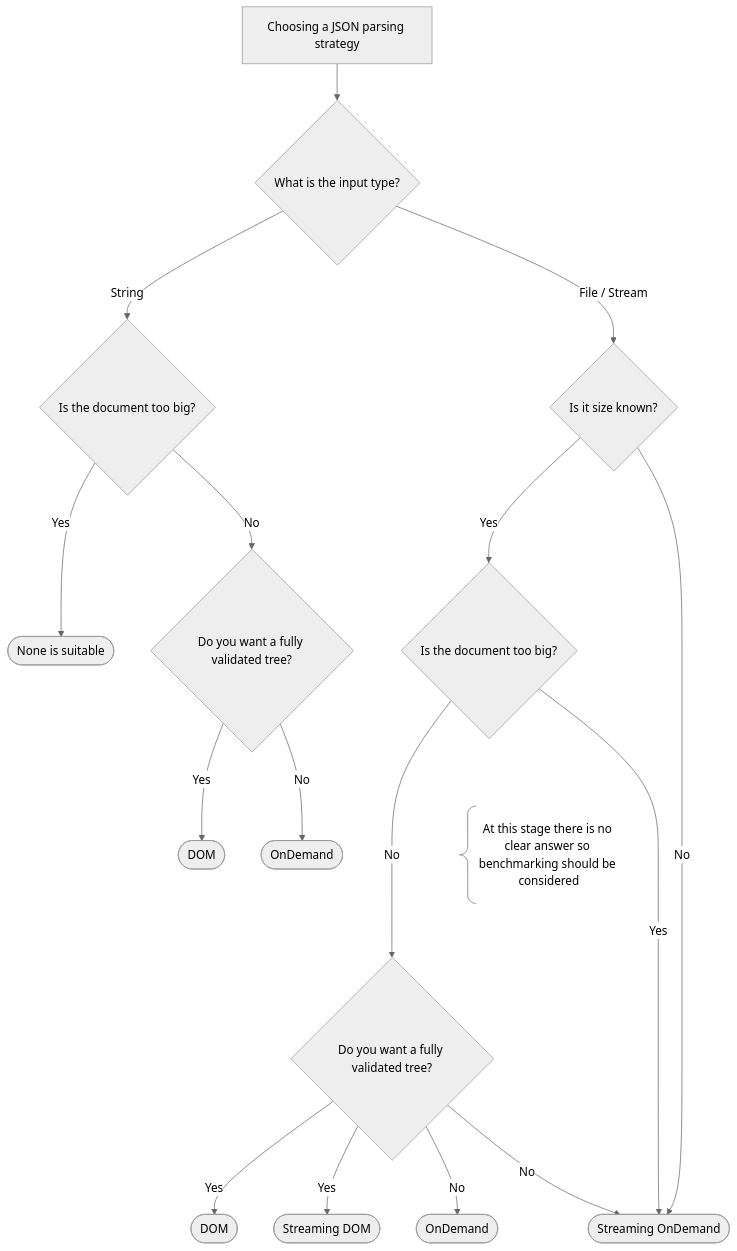
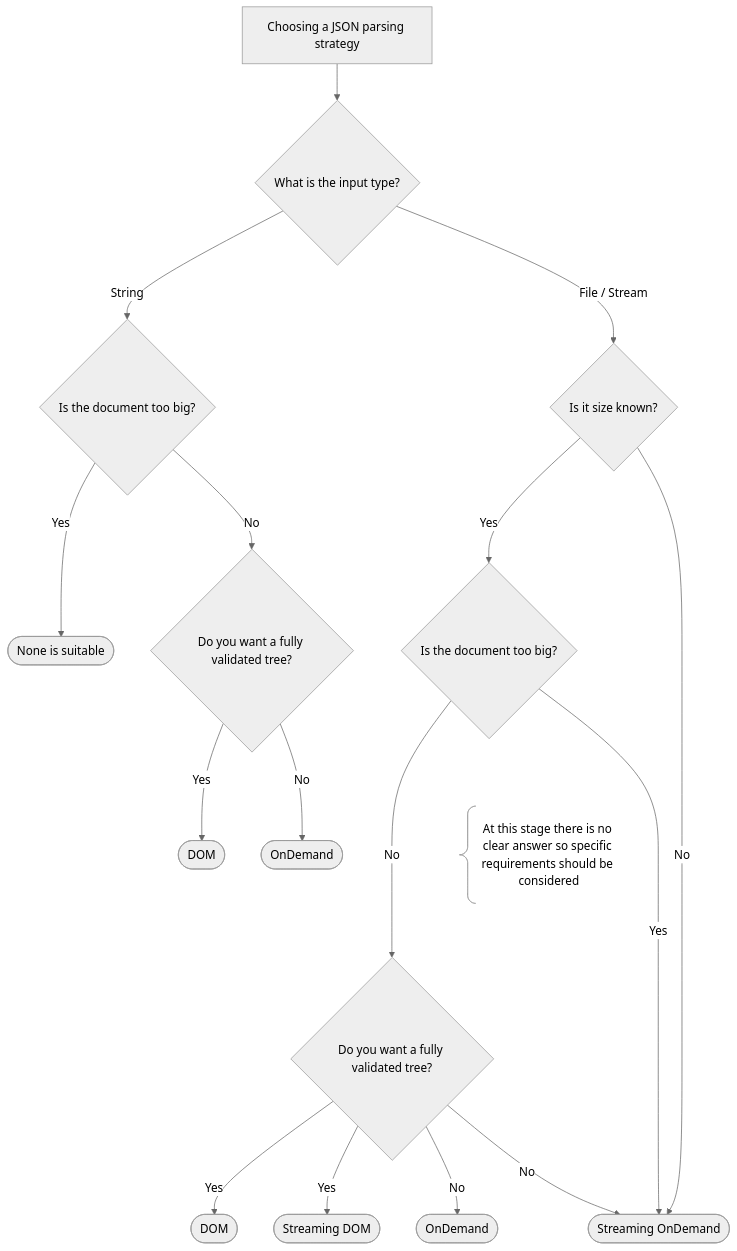
The diagram in README.md (EzequielRamis/zimdjson), drawn with Mermaid (neutral theme) before and after one commit. The commit also changed 24 other files, not shown here.

````diff
--- a/README.md
+++ b/README.md
@@ -12,34 +12,34 @@
 ```mermaid
   flowchart TD;
       parse[Choosing a JSON parsing strategy]
       input{What is the input type?}
       size{Is it size known?}
       valid1{Do you want a fully validated tree?}
       valid2{Do you want a fully validated tree?}
       big1{Is the document too big?}
       big2{Is the document too big?}
       dom1([DOM])
       dom2([DOM])
       ondemand1([OnDemand])
       ondemand2([OnDemand])
       stream_dom([Streaming DOM])
       stream_ondemand([Streaming OnDemand])
       error([None is suitable])
       
       parse --> input
       input -- String --> big1
       size -- Yes --> big2
       input -- File / Stream --> size
       size -- No --> stream_ondemand
       big1 -- Yes --> error
       big1 -- No --> valid1
       big2 -- No ---> valid2
-      big2 ~~~ comment@{ shape: brace-l, label: "At this stage there is no clear answer so benchmarking should be considered" }
+      big2 ~~~ comment@{ shape: brace-l, label: "At this stage there is no clear answer so specific requirements should be considered" }
       big2 -- Yes --> stream_ondemand
       valid1 -- Yes --> dom1
       valid1 -- No --> ondemand1
       valid2 -- Yes --> dom2
       valid2 -- Yes --> stream_dom
       valid2 -- No --> ondemand2
       valid2 -- No --> stream_ondemand
 ```
````
